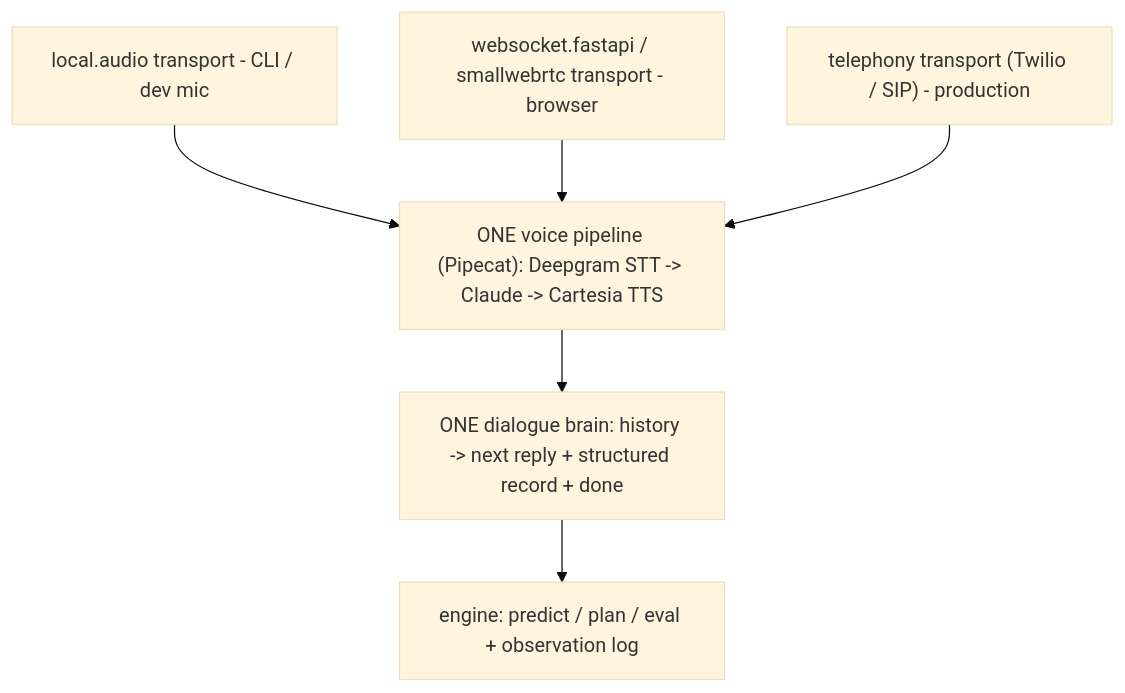
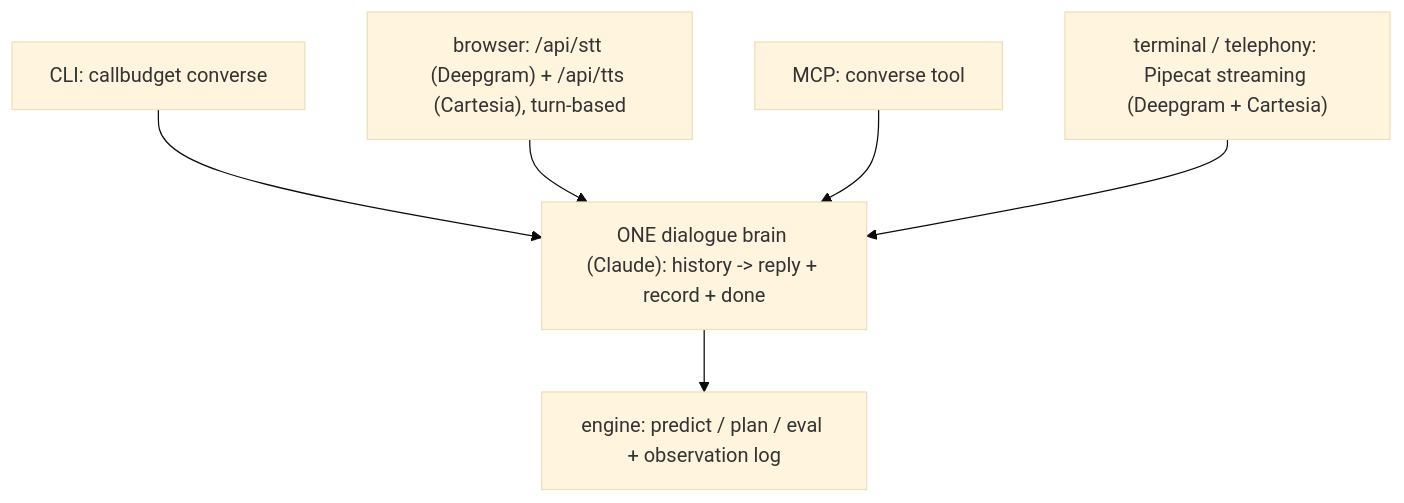
The fourth of 4 diagrams in ARCHITECTURE.md (DevanshuNEU/callbudget), drawn with Mermaid (base theme) before and after one commit. The commit also changed other lines of this file and 4 other files, not shown here.

First line of the commit message:
feat: browser speaks with Deepgram + Cartesia, not Web Speech (voice unify, stage 2)

````diff
--- a/ARCHITECTURE.md
+++ b/ARCHITECTURE.md
@@ -219,9 +215,9 @@
 ```mermaid
 flowchart TD
-    local["local.audio transport - CLI / dev mic"] --> pipe
-    ws["websocket.fastapi / smallwebrtc transport - browser"] --> pipe
-    tel["telephony transport (Twilio / SIP) - production"] --> pipe
-    pipe["ONE voice pipeline (Pipecat): Deepgram STT -> Claude -> Cartesia TTS"] --> brain
-    brain["ONE dialogue brain: history -> next reply + structured record + done"] --> engine
+    cli["CLI: callbudget converse"] --> brain
+    web["browser: /api/stt (Deepgram) + /api/tts (Cartesia), turn-based"] --> brain
+    mcpt["MCP: converse tool"] --> brain
+    term["terminal / telephony: Pipecat streaming (Deepgram + Cartesia)"] --> brain
+    brain["ONE dialogue brain (Claude): history -> reply + record + done"] --> engine
     engine["engine: predict / plan / eval + observation log"]
 ```
````
